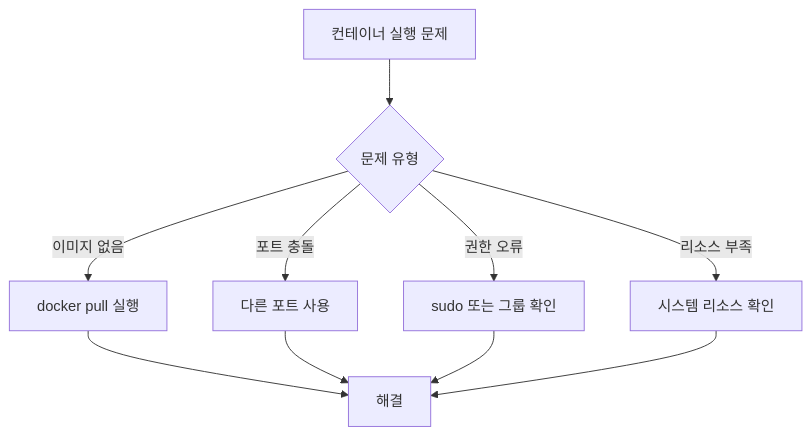
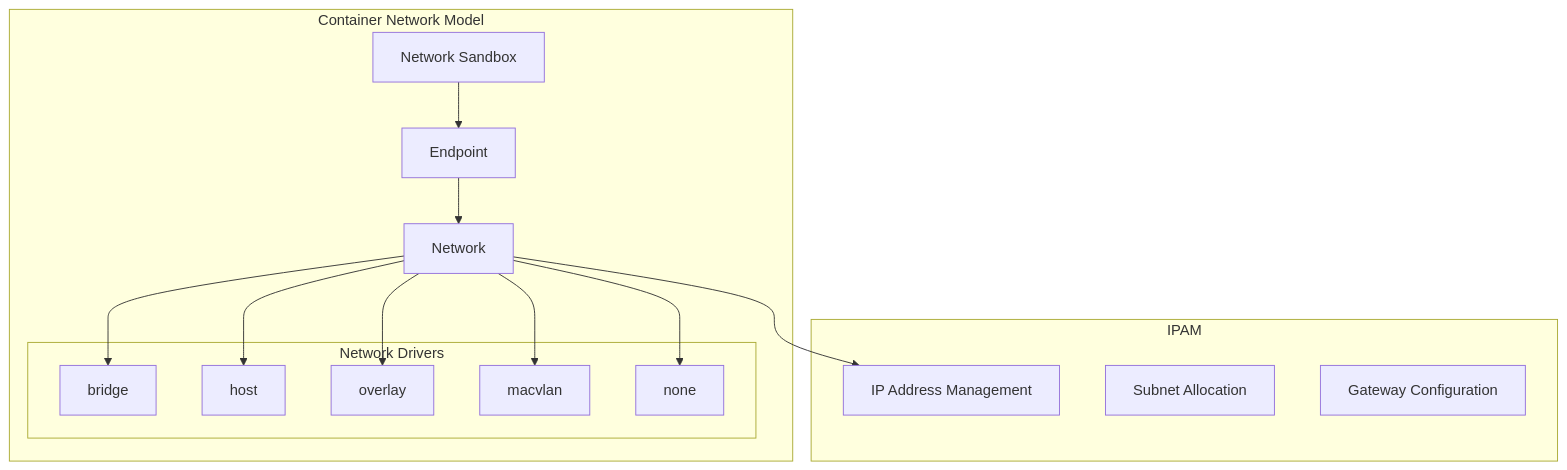
One commit to niceguy61/kdt_devops_lecture_2025 changed the first of 2 diagrams in week_02/day_01/session_03.md. Above: the diagram before and after it, drawn with Mermaid. The commit also changed other lines of this file and 41 other files, not shown here.

````diff
--- a/week_02/day_01/session_03.md
+++ b/week_02/day_01/session_03.md
@@ -261,13 +15,29 @@
 ```mermaid
-flowchart TD
-    A[컨테이너 실행 문제] --> B{문제 유형}
-    B -->|이미지 없음| C[docker pull 실행]
-    B -->|포트 충돌| D[다른 포트 사용]
-    B -->|권한 오류| E[sudo 또는 그룹 확인]
-    B -->|리소스 부족| F[시스템 리소스 확인]
+graph TB
+    subgraph "Container Network Model"
+        A[Network Sandbox] --> B[Endpoint]
+        B --> C[Network]
+        
+        subgraph "Network Drivers"
+            D[bridge]
+            E[host]
+            F[overlay]
+            G[macvlan]
+            H[none]
+        end
+        
+        C --> D
+        C --> E
+        C --> F
+        C --> G
+        C --> H
+    end
     
-    C --> G[해결]
-    D --> G
-    E --> G
-    F --> G
+    subgraph "IPAM"
+        I[IP Address Management]
+        J[Subnet Allocation]
+        K[Gateway Configuration]
+    end
+    
+    C --> I
 ```
````
